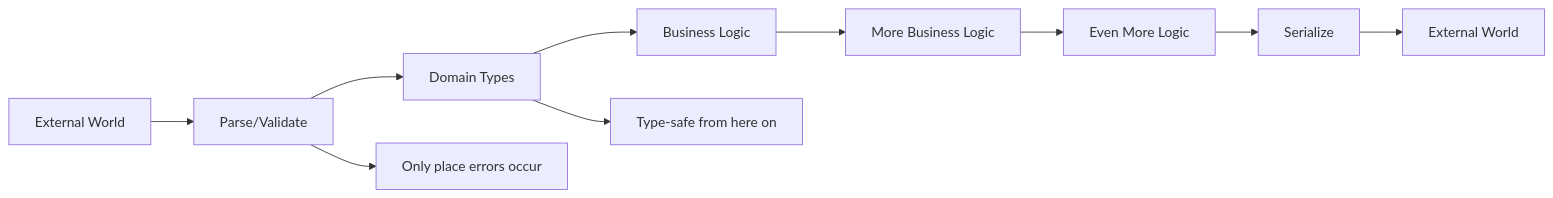
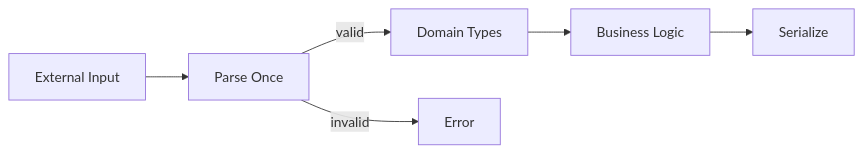
One commit to Almaju/blog changed the third of 3 diagrams in content/docs/fundamentals/2-primitives.mdx. Above: the diagram before and after it, drawn with Mermaid. The commit also changed other lines of this file and 5 other files, not shown here.

````diff
--- a/content/docs/fundamentals/2-primitives.mdx
+++ b/content/docs/fundamentals/2-primitives.mdx
@@ -414,17 +400,13 @@
 ```mermaid
 graph LR
-    A[External World] --> B[Parse/Validate]
-    B --> C[Domain Types]
-    C --> D[Business Logic]
-    D --> E[More Business Logic]
-    E --> F[Even More Logic]
-    F --> G[Serialize]
-    G --> H[External World]
-    
-    B --> I[Only place errors occur]
-    C --> J[Type-safe from here on]
-    
-    style B yellow
-    style I yellow
-    style J green
+    A[External Input] --> B[Parse Once]
+    B -->|valid| C[Domain Types]
+    B -->|invalid| D[Error]
+    C --> E[Business Logic]
+    E --> F[Serialize]
+
+    class B yellow
+    class D red
+    class C green
+    class E green
 ```
````
